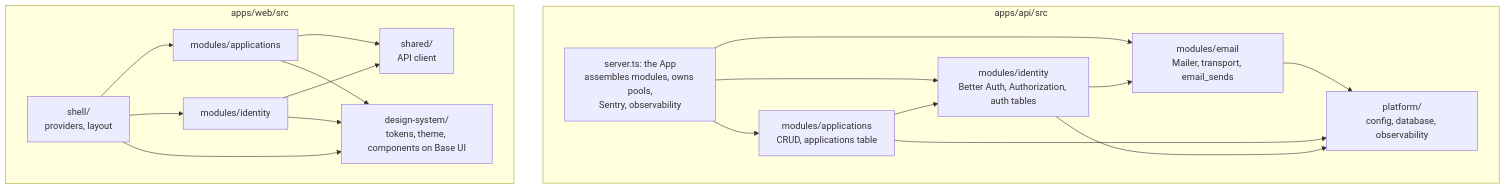
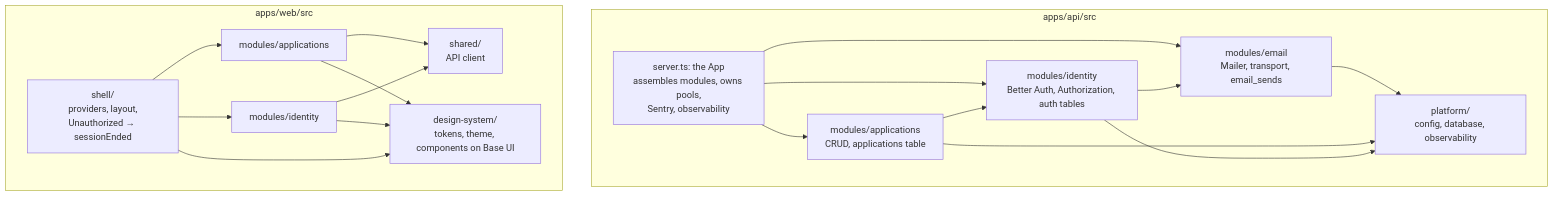
The second of 8 diagrams in docs/architecture.md (brianpatterson/roundtable), drawn with Mermaid before and after one commit. The commit also changed other lines of this file and 3 other files, not shown here.

Commit message:
docs: ADR-0032, architecture and glossary for web session expiry

````diff
--- a/docs/architecture.md
+++ b/docs/architecture.md
@@ -72,18 +72,18 @@
 ```mermaid
 flowchart TB
   subgraph api[apps/api/src]
     server[server.ts: the App<br/>assembles modules, owns pools,<br/>Sentry, observability] --> applications & identity & email
     applications[modules/applications<br/>CRUD, applications table] --> identity
     identity[modules/identity<br/>Better Auth, Authorization, auth tables] --> email
     email[modules/email<br/>Mailer, transport, email_sends] --> platform
     applications --> platform
     identity --> platform
     platform[platform/<br/>config, database, observability]
   end
   subgraph web[apps/web/src]
-    shell[shell/<br/>providers, layout] --> wapps[modules/applications] & wid[modules/identity]
+    shell[shell/<br/>providers, layout,<br/>Unauthorized → sessionEnded] --> wapps[modules/applications] & wid[modules/identity]
     wapps --> wshared[shared/<br/>API client]
     wid --> wshared
     shell & wapps & wid --> ds[design-system/<br/>tokens, theme, components on Base UI]
   end
 ```
````
